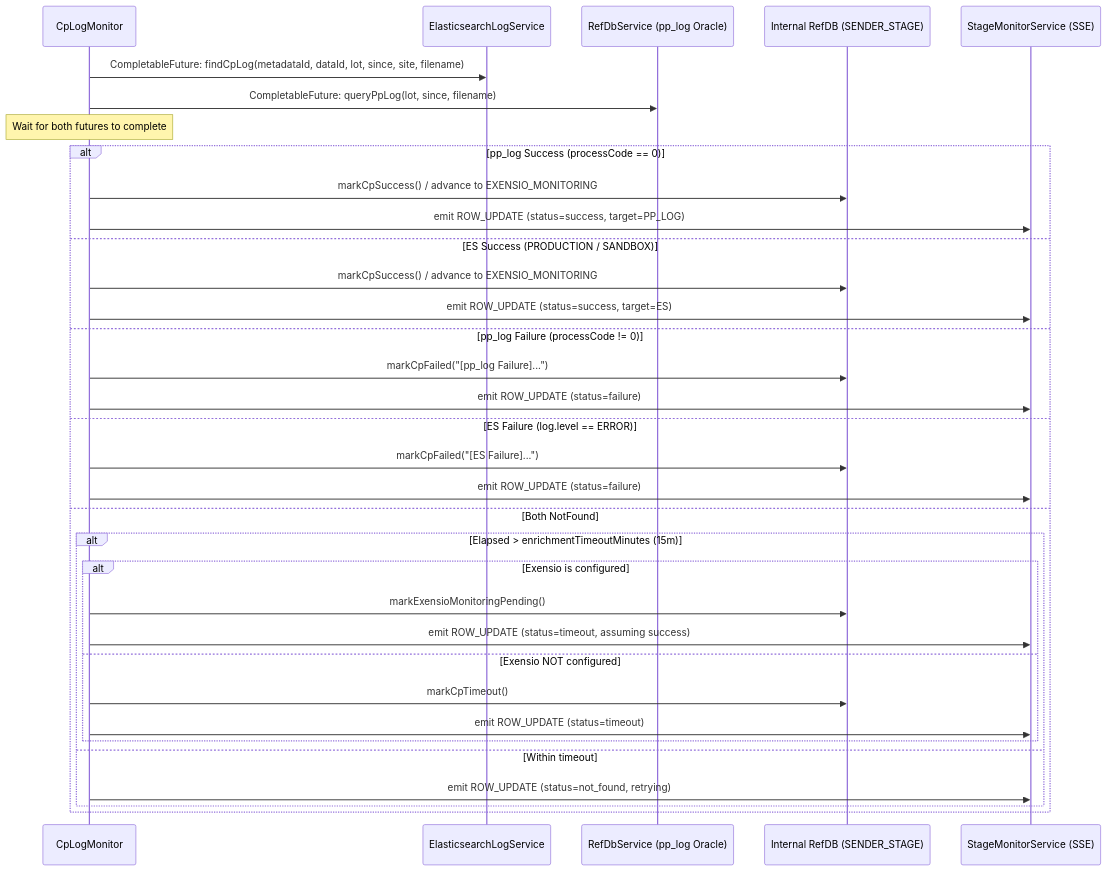
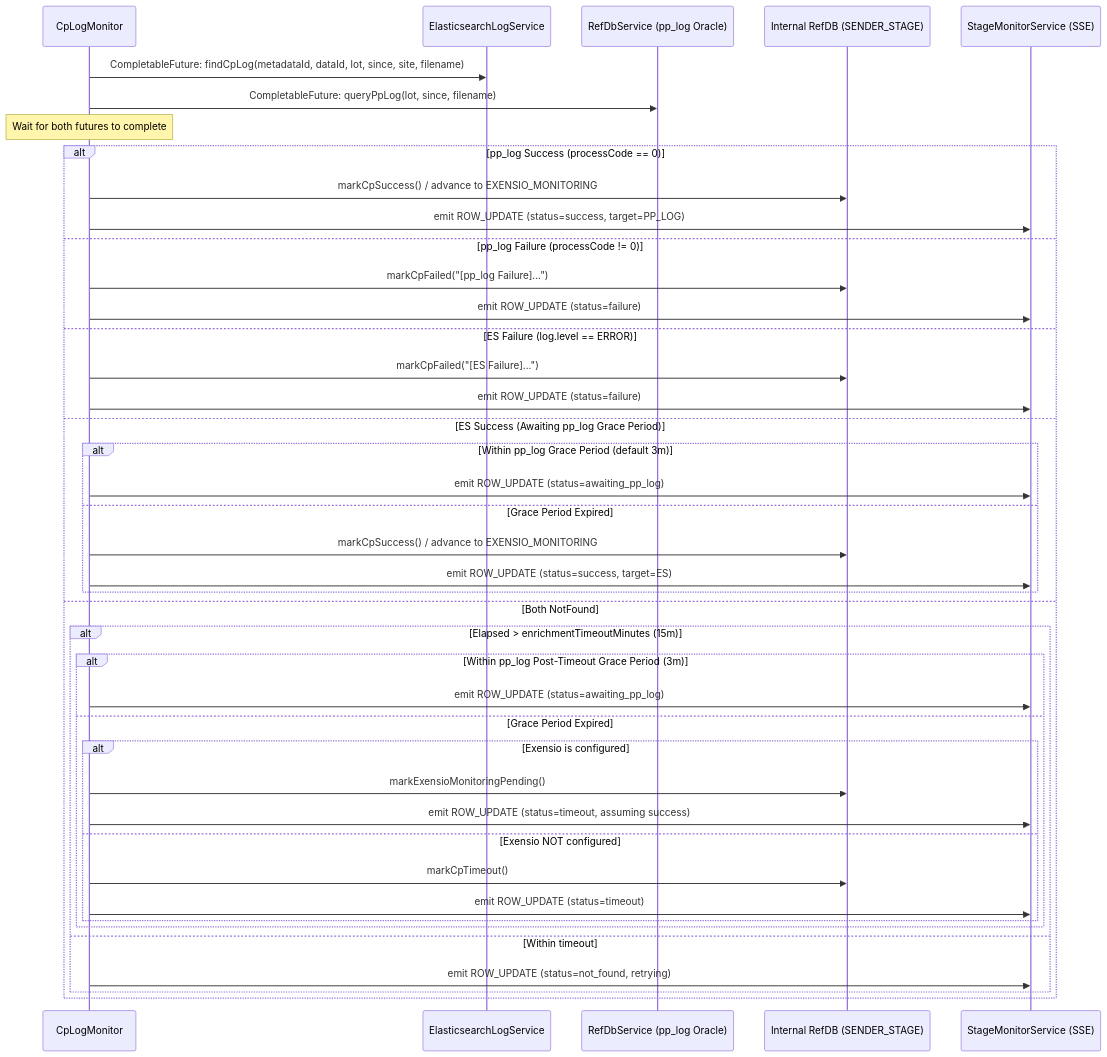
One commit to ejkorg/exensioreload changed the second of 3 diagrams in docs/INTEGRATION_ES_EXENSIO.md. Above: the diagram before and after it, drawn with Mermaid. The commit also changed other lines of this file and 3 other files, not shown here.

Commit message:
update exensio ES add pp_log grace period

````diff
--- a/docs/INTEGRATION_ES_EXENSIO.md
+++ b/docs/INTEGRATION_ES_EXENSIO.md
@@ -257,39 +257,47 @@
 ```mermaid
 sequenceDiagram
     participant M as CpLogMonitor
     participant ES as ElasticsearchLogService
     participant O as RefDbService (pp_log Oracle)
     participant DB as Internal RefDB (SENDER_STAGE)
     participant UI as StageMonitorService (SSE)
 
     M->>ES: CompletableFuture: findCpLog(metadataId, dataId, lot, since, site, filename)
     M->>O: CompletableFuture: queryPpLog(lot, since, filename)
     
     Note over M: Wait for both futures to complete
     
     alt pp_log Success (processCode == 0)
         M->>DB: markCpSuccess() / advance to EXENSIO_MONITORING
         M->>UI: emit ROW_UPDATE (status=success, target=PP_LOG)
-    else ES Success (PRODUCTION / SANDBOX)
-        M->>DB: markCpSuccess() / advance to EXENSIO_MONITORING
-        M->>UI: emit ROW_UPDATE (status=success, target=ES)
     else pp_log Failure (processCode != 0)
         M->>DB: markCpFailed("[pp_log Failure]...")
         M->>UI: emit ROW_UPDATE (status=failure)
     else ES Failure (log.level == ERROR)
         M->>DB: markCpFailed("[ES Failure]...")
         M->>UI: emit ROW_UPDATE (status=failure)
+    else ES Success (Awaiting pp_log Grace Period)
+        alt Within pp_log Grace Period (default 3m)
+            M->>UI: emit ROW_UPDATE (status=awaiting_pp_log)
+        else Grace Period Expired
+            M->>DB: markCpSuccess() / advance to EXENSIO_MONITORING
+            M->>UI: emit ROW_UPDATE (status=success, target=ES)
+        end
     else Both NotFound
         alt Elapsed > enrichmentTimeoutMinutes (15m)
-            alt Exensio is configured
-                M->>DB: markExensioMonitoringPending()
-                M->>UI: emit ROW_UPDATE (status=timeout, assuming success)
-            else Exensio NOT configured
-                M->>DB: markCpTimeout()
-                M->>UI: emit ROW_UPDATE (status=timeout)
+            alt Within pp_log Post-Timeout Grace Period (3m)
+                M->>UI: emit ROW_UPDATE (status=awaiting_pp_log)
+            else Grace Period Expired
+                alt Exensio is configured
+                    M->>DB: markExensioMonitoringPending()
+                    M->>UI: emit ROW_UPDATE (status=timeout, assuming success)
+                else Exensio NOT configured
+                    M->>DB: markCpTimeout()
+                    M->>UI: emit ROW_UPDATE (status=timeout)
+                end
             end
         else Within timeout
             M->>UI: emit ROW_UPDATE (status=not_found, retrying)
         end
     end
 ```
````
